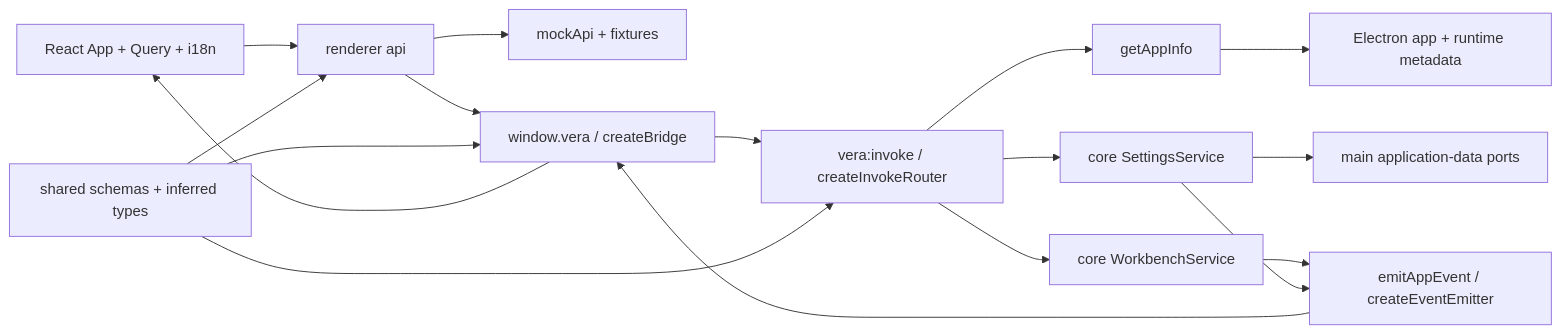
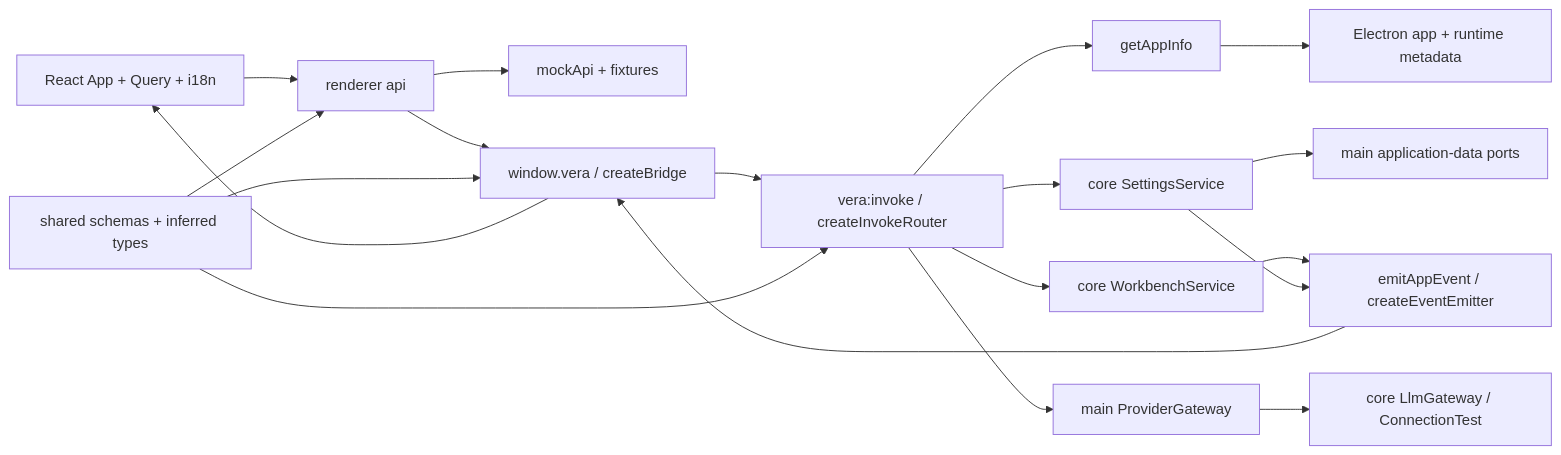
Before and after one commit to DDP-Engineering/2026_Virtual_Embedded_Rig_Assistant: the diagram in .agentic/knowledge/ipc-boundary.md, drawn with Mermaid. The commit also changed other lines of this file and 73 other files, not shown here.

First line of the commit message:
feat(llm): implement WP-09 gateway and replay provider (#9)

````diff
--- a/.agentic/knowledge/ipc-boundary.md
+++ b/.agentic/knowledge/ipc-boundary.md
@@ -75,19 +75,21 @@
 ```mermaid
 flowchart LR
   UI[React App + Query + i18n] --> API[renderer api]
   API --> MOCK[mockApi + fixtures]
   API --> PRE[window.vera / createBridge]
   PRE --> ROUTER[vera:invoke / createInvokeRouter]
   ROUTER --> INFO[getAppInfo]
   ROUTER --> SETTINGS[core SettingsService]
+  ROUTER --> GATEWAY[main ProviderGateway]
+  GATEWAY --> LLM[core LlmGateway / ConnectionTest]
   ROUTER --> WORKBENCH[core WorkbenchService]
   WORKBENCH --> EMIT
   SETTINGS --> PORTS[main application-data ports]
   SETTINGS --> EMIT
   INFO --> HOST[Electron app + runtime metadata]
   EMIT[emitAppEvent / createEventEmitter] --> PRE
   PRE --> UI
   SHARED[shared schemas + inferred types] --> ROUTER
   SHARED --> PRE
   SHARED --> API
 ```
````
